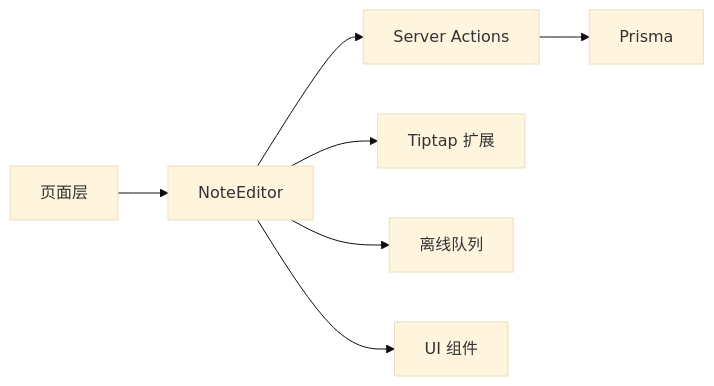
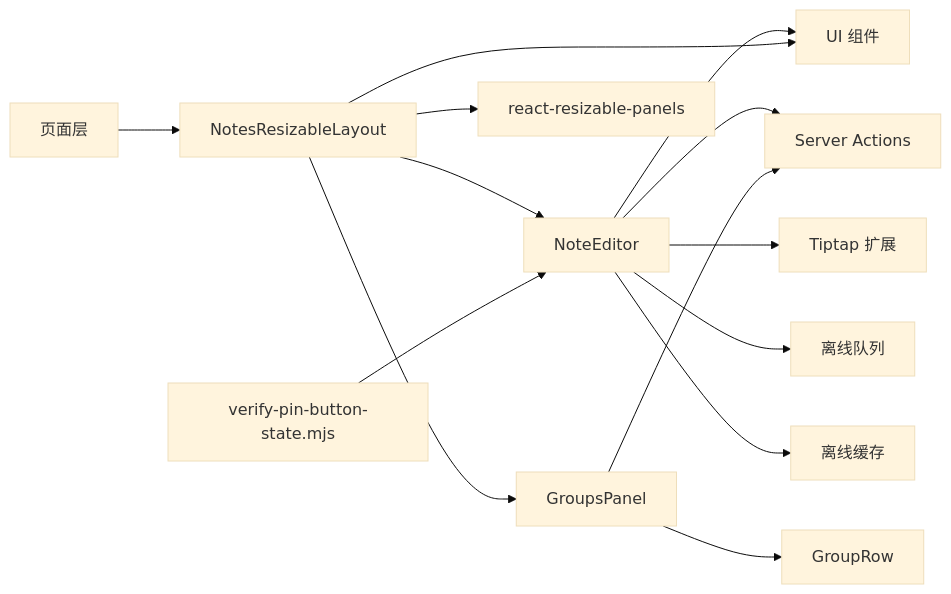
One commit to qiuziGirl/smart-todo changed diagram 12 of 12 in .qoder/repowiki/zh/content/便签管理系统/便签管理系统.md. Above: the diagram before and after it, drawn with Mermaid (base theme). The commit also changed other lines of this file and 8 other files, not shown here.

````diff
--- a/.qoder/repowiki/zh/content/便签管理系统/便签管理系统.md
+++ b/.qoder/repowiki/zh/content/便签管理系统/便签管理系统.md
@@ -410,9 +621,16 @@
 ```mermaid
 graph LR
 NE["NoteEditor"] --> SA["Server Actions"]
 NE --> EXT["Tiptap 扩展"]
 NE --> OFF["离线队列"]
+NE --> CACHE["离线缓存"]
 NE --> UI["UI 组件"]
-SA --> PRISMA["Prisma"]
-PAGE["页面层"] --> NE
+NRL["NotesResizableLayout"] --> RES["react-resizable-panels"]
+NRL --> UI
+GP["GroupsPanel"] --> GR["GroupRow"]
+GP --> SA
+NRL --> NE
+NRL --> GP
+VP["verify-pin-button-state.mjs"] --> NE
+PAGE["页面层"] --> NRL
 ```
````
